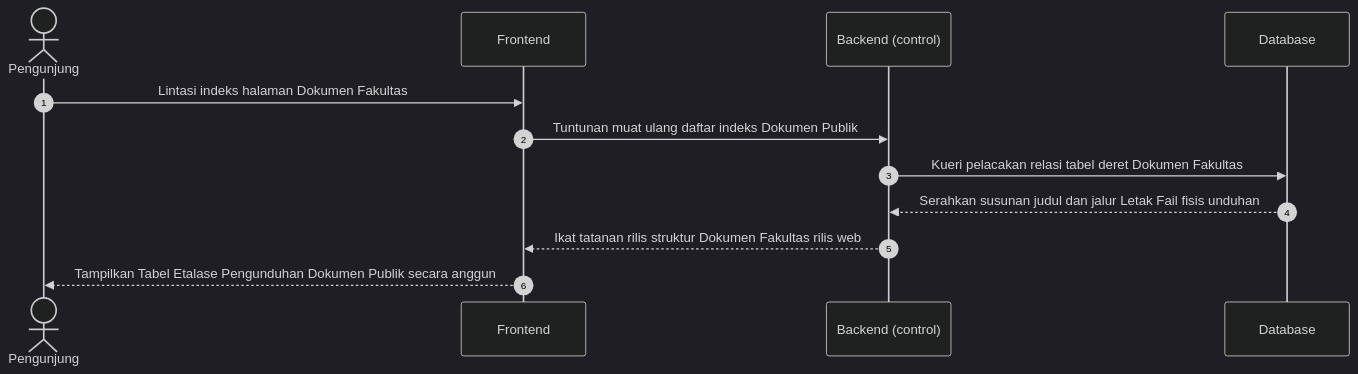
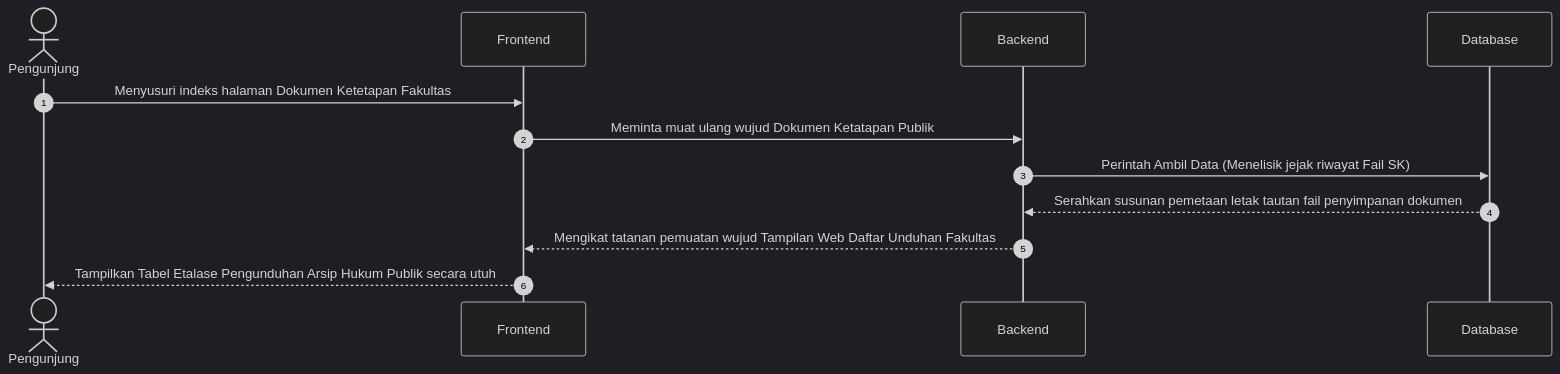
One commit to arbain-dev/Web_fikom changed diagram 14 of 22 in docs/kumpulan_sequence_frontend.md. Above: the diagram before and after it, drawn with Mermaid (dark theme). The commit also changed other lines of this file and 1 other file, not shown here.

Commit message:
docs: menyederhanakan bahasa teknikal (query, render, html, http, json) menjadi perbendaharaan operasional sederhana di diagram aktivitas public frontend

````diff
--- a/docs/kumpulan_sequence_frontend.md
+++ b/docs/kumpulan_sequence_frontend.md
@@ -271,17 +267,17 @@
 ```mermaid
 sequenceDiagram
     autonumber
     actor User as Pengunjung
-    participant Frontend
-    participant Backend as Backend (control)
-    participant DB as Database
+    participant Frontend as Frontend
+    participant Backend as Backend
+    participant Database as Database
 
-    User->>Frontend: Lintasi indeks halaman Dokumen Fakultas
-    Frontend->>Backend: Tuntunan muat ulang daftar indeks Dokumen Publik
+    User->>Frontend: Menyusuri indeks halaman Dokumen Ketetapan Fakultas
+    Frontend->>Backend: Meminta muat ulang wujud Dokumen Ketatapan Publik
     
-    Backend->>DB: Kueri pelacakan relasi tabel deret Dokumen Fakultas
-    DB-->>Backend: Serahkan susunan judul dan jalur Letak Fail fisis unduhan
+    Backend->>Database: Perintah Ambil Data (Menelisik jejak riwayat Fail SK)
+    Database-->>Backend: Serahkan susunan pemetaan letak tautan fail penyimpanan dokumen 
     
-    Backend-->>Frontend: Ikat tatanan rilis struktur Dokumen Fakultas rilis web
-    Frontend-->>User: Tampilkan Tabel Etalase Pengunduhan Dokumen Publik secara anggun
+    Backend-->>Frontend: Mengikat tatanan pemuatan wujud Tampilan Web Daftar Unduhan Fakultas
+    Frontend-->>User: Tampilkan Tabel Etalase Pengunduhan Arsip Hukum Publik secara utuh
 ```
````
